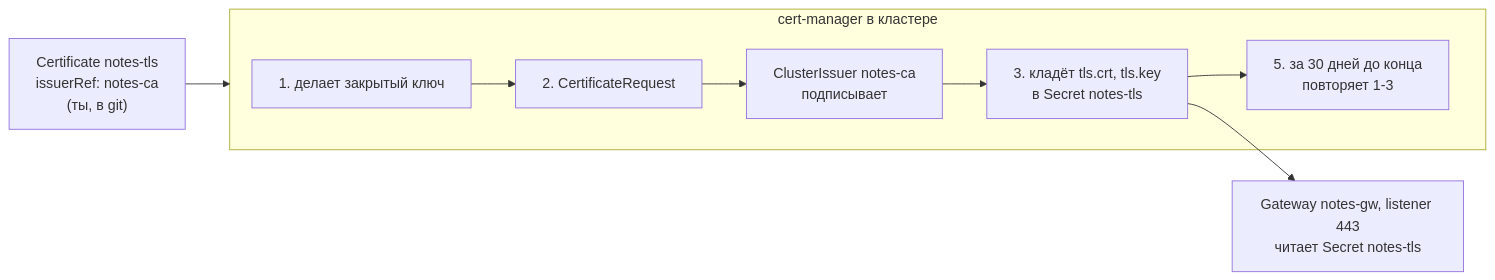
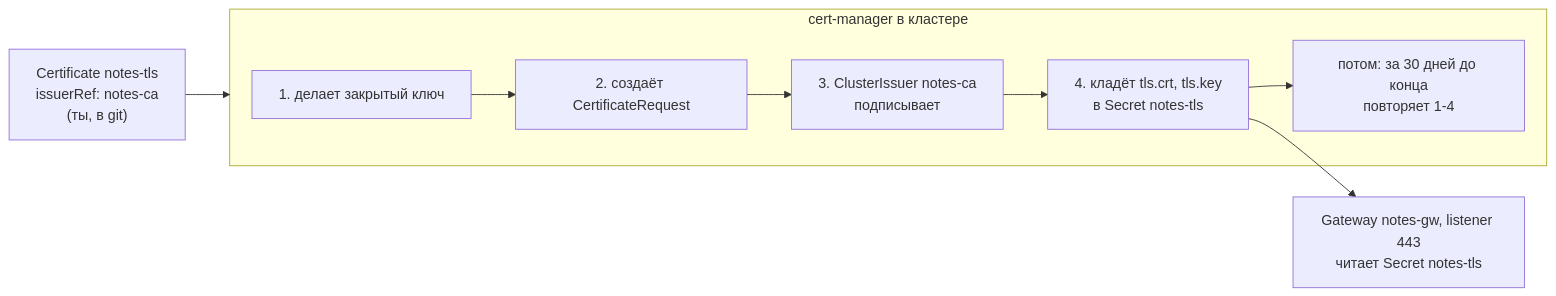
Before and after one commit to distinguished-sre/learning: the first of 5 diagrams in devops/09-secrets-gitops/04-cert-manager-tls.md, drawn with Mermaid. The commit also changed other lines of this file and 462 other files, not shown here.

````diff
--- a/devops/09-secrets-gitops/04-cert-manager-tls.md
+++ b/devops/09-secrets-gitops/04-cert-manager-tls.md
@@ -40,11 +42,11 @@
 ```mermaid
 flowchart LR
     C["Certificate notes-tls<br>issuerRef: notes-ca<br>(ты, в git)"] --> CM
     subgraph CM["cert-manager в кластере"]
-        K["1. делает закрытый ключ"] --> R["2. CertificateRequest"]
-        R --> I["ClusterIssuer notes-ca<br>подписывает"]
-        I --> W["3. кладёт tls.crt, tls.key<br>в Secret notes-tls"]
-        W --> RE["5. за 30 дней до конца<br>повторяет 1-3"]
+        K["1. делает закрытый ключ"] --> R["2. создаёт CertificateRequest"]
+        R --> I["3. ClusterIssuer notes-ca<br>подписывает"]
+        I --> W["4. кладёт tls.crt, tls.key<br>в Secret notes-tls"]
+        W --> RE["потом: за 30 дней до конца<br>повторяет 1-4"]
     end
     W --> GW["Gateway notes-gw, listener 443<br>читает Secret notes-tls"]
 ```
````
